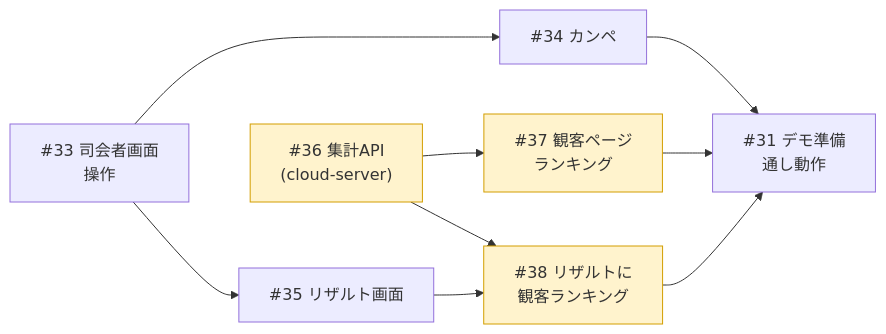
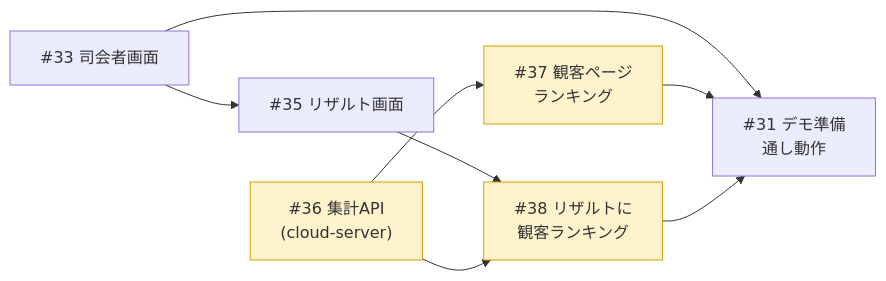
Before and after one commit to suzuka-kosen-festa/2026-suzuleague: the diagram in docs/status.md, drawn with Mermaid. The commit also changed other lines of this file and 1 other file, not shown here.

````diff
--- a/docs/status.md
+++ b/docs/status.md
@@ -68,14 +67,13 @@
 ```mermaid
 flowchart LR
-    i33["#33 司会者画面<br>操作"] --> i34["#34 カンペ"]
-    i33 --> i35["#35 リザルト画面"]
+    i33["#33 司会者画面"] --> i35["#35 リザルト画面"]
     i36["#36 集計API<br>(cloud-server)"] --> i37["#37 観客ページ<br>ランキング"]
     i35 --> i38["#38 リザルトに<br>観客ランキング"]
     i36 --> i38
-    i34 --> i31["#31 デモ準備<br>通し動作"]
+    i33 --> i31["#31 デモ準備<br>通し動作"]
     i37 --> i31
     i38 --> i31
     style i36 fill:#fff3cd,stroke:#d39e00
     style i37 fill:#fff3cd,stroke:#d39e00
     style i38 fill:#fff3cd,stroke:#d39e00
 ```
````
